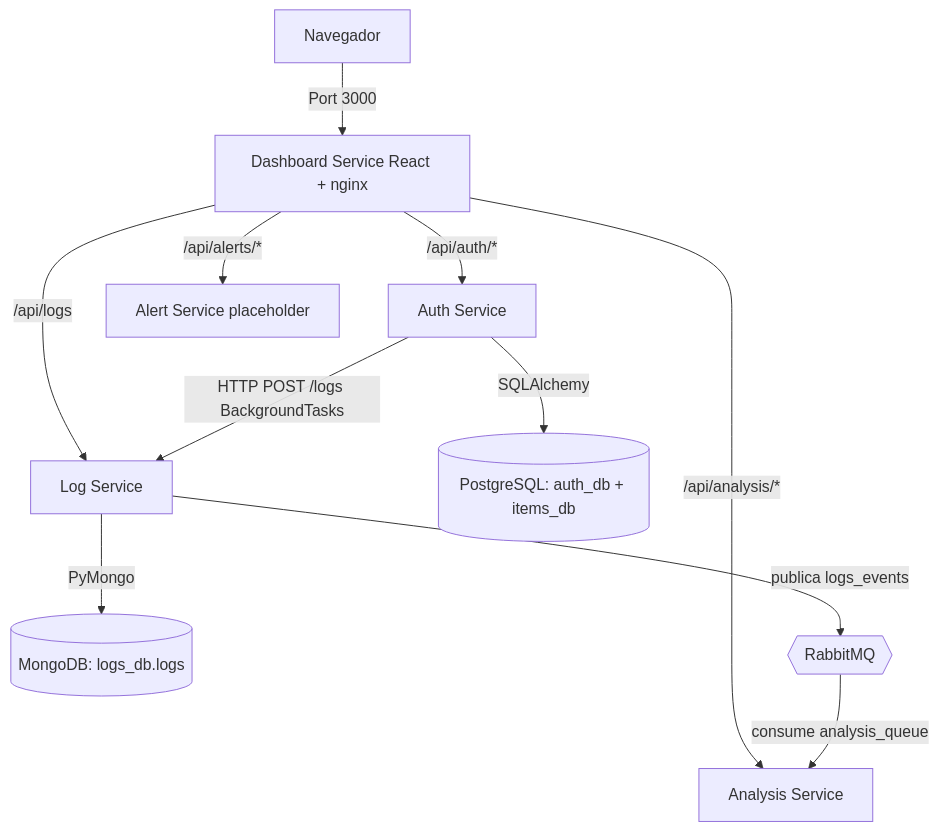
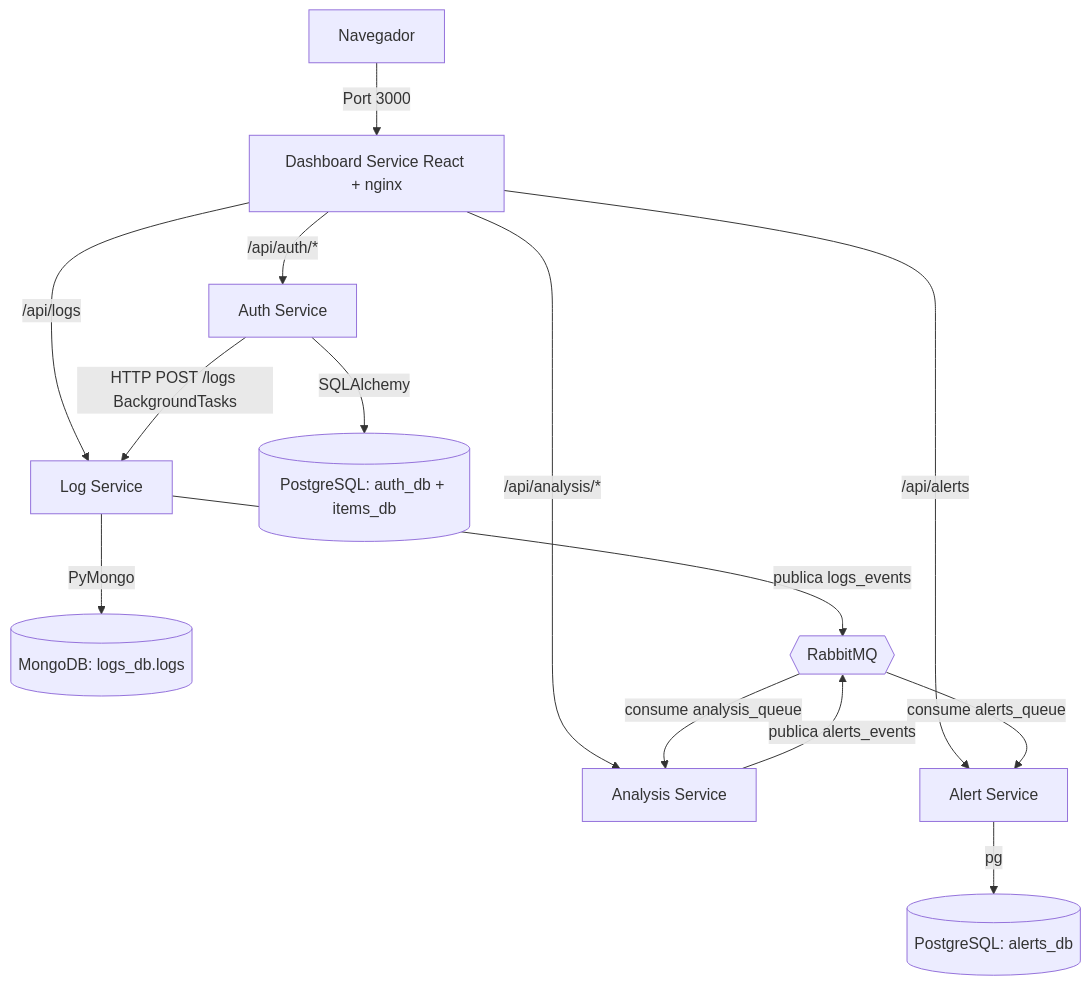
The diagram in README.md (TomasGarco/Proeycto-Ciberseguridad), drawn with Mermaid before and after one commit. The commit also changed other lines of this file and 12 other files, not shown here.

````diff
--- a/README.md
+++ b/README.md
@@ -23,13 +23,16 @@
 ```mermaid
 graph TD
     Client[Navegador] -->|Port 3000| Dash[Dashboard Service React + nginx]
     Dash -->|/api/auth/*| Auth[Auth Service]
     Dash -->|/api/logs| LogServ[Log Service]
     Dash -->|/api/analysis/*| Analysis[Analysis Service]
-    Dash -->|/api/alerts/*| AlertServ[Alert Service placeholder]
+    Dash -->|/api/alerts| AlertServ[Alert Service]
     Auth -->|HTTP POST /logs BackgroundTasks| LogServ
     Auth -->|SQLAlchemy| PG[(PostgreSQL: auth_db + items_db)]
     LogServ -->|PyMongo| Mongo[(MongoDB: logs_db.logs)]
     LogServ -->|publica logs_events| MQ{{RabbitMQ}}
     MQ -->|consume analysis_queue| Analysis
+    Analysis -->|publica alerts_events| MQ
+    MQ -->|consume alerts_queue| AlertServ
+    AlertServ -->|pg| PGA[(PostgreSQL: alerts_db)]
 ```
````
